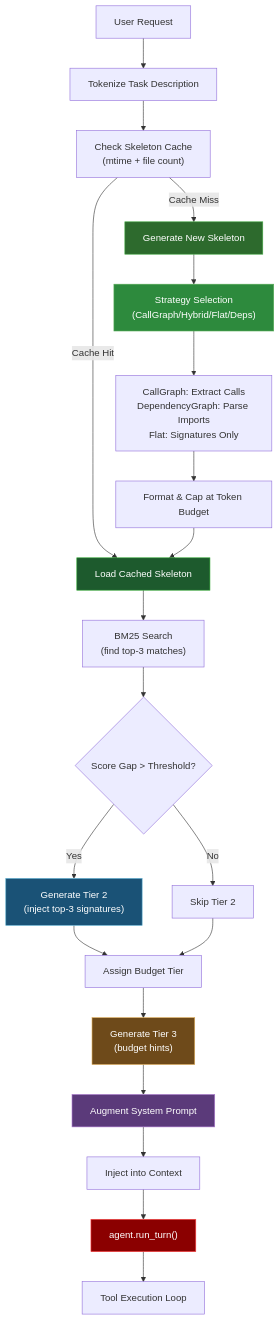
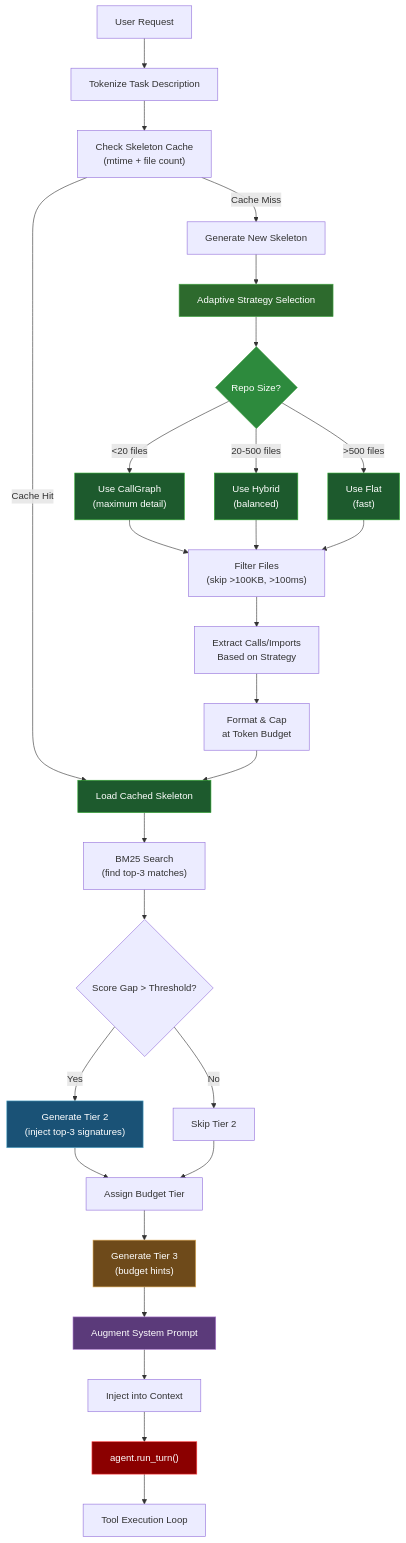
The diagram in docs/context-injection.md (wojciechkpl/hone), drawn with Mermaid before and after one commit. The commit also changed other lines of this file and 3 other files, not shown here.

````diff
--- a/docs/context-injection.md
+++ b/docs/context-injection.md
@@ -709,30 +772,40 @@
 ```mermaid
 graph TD
     A["User Request"] --> B["Tokenize Task Description"]
     B --> C["Check Skeleton Cache<br/>(mtime + file count)"]
     C -->|Cache Hit| D1["Load Cached Skeleton"]
     C -->|Cache Miss| D2["Generate New Skeleton"]
-    D2 --> D2a["Strategy Selection<br/>(CallGraph/Hybrid/Flat/Deps)"]
-    D2a --> D2b["CallGraph: Extract Calls<br/>DependencyGraph: Parse Imports<br/>Flat: Signatures Only"]
-    D2b --> D2c["Format & Cap at Token Budget"]
-    D2c --> D1
+    D2 --> D2a["Adaptive Strategy Selection"]
+    D2a --> D2a1{"Repo Size?"}
+    D2a1 -->|<20 files| D2b["Use CallGraph<br/>(maximum detail)"]
+    D2a1 -->|20-500 files| D2c["Use Hybrid<br/>(balanced)"]
+    D2a1 -->|>500 files| D2d["Use Flat<br/>(fast)"]
+    D2b --> D2e["Filter Files<br/>(skip >100KB, >100ms)"]
+    D2c --> D2e
+    D2d --> D2e
+    D2e --> D2f["Extract Calls/Imports<br/>Based on Strategy"]
+    D2f --> D2g["Format & Cap<br/>at Token Budget"]
+    D2g --> D1
     D1 --> E["BM25 Search<br/>(find top-3 matches)"]
     E --> F{"Score Gap > Threshold?"}
     F -->|Yes| G["Generate Tier 2<br/>(inject top-3 signatures)"]
     F -->|No| H["Skip Tier 2"]
     G --> I["Assign Budget Tier"]
     H --> I
     I --> J["Generate Tier 3<br/>(budget hints)"]
     J --> K["Augment System Prompt"]
     K --> L["Inject into Context"]
     L --> M["agent.run_turn()"]
     M --> N["Tool Execution Loop"]
     
-    style D2 fill:#2d6a2d,stroke:#4a4,color:#fff
-    style D2a fill:#2d8a3d,stroke:#5a5,color:#fff
+    style D2a fill:#2d6a2d,stroke:#4a4,color:#fff
+    style D2a1 fill:#2d8a3d,stroke:#5a5,color:#fff
+    style D2b fill:#1d5a2d,stroke:#3a3,color:#fff
+    style D2c fill:#1d5a2d,stroke:#3a3,color:#fff
+    style D2d fill:#1d5a2d,stroke:#3a3,color:#fff
     style D1 fill:#1d5a2d,stroke:#3a3,color:#fff
     style G fill:#1a5276,stroke:#5ac,color:#fff
     style J fill:#6e4a1a,stroke:#da5,color:#fff
     style K fill:#5b3a7a,stroke:#a7c,color:#fff
     style M fill:#8b0000,stroke:#f44,color:#fff
 ```
````
